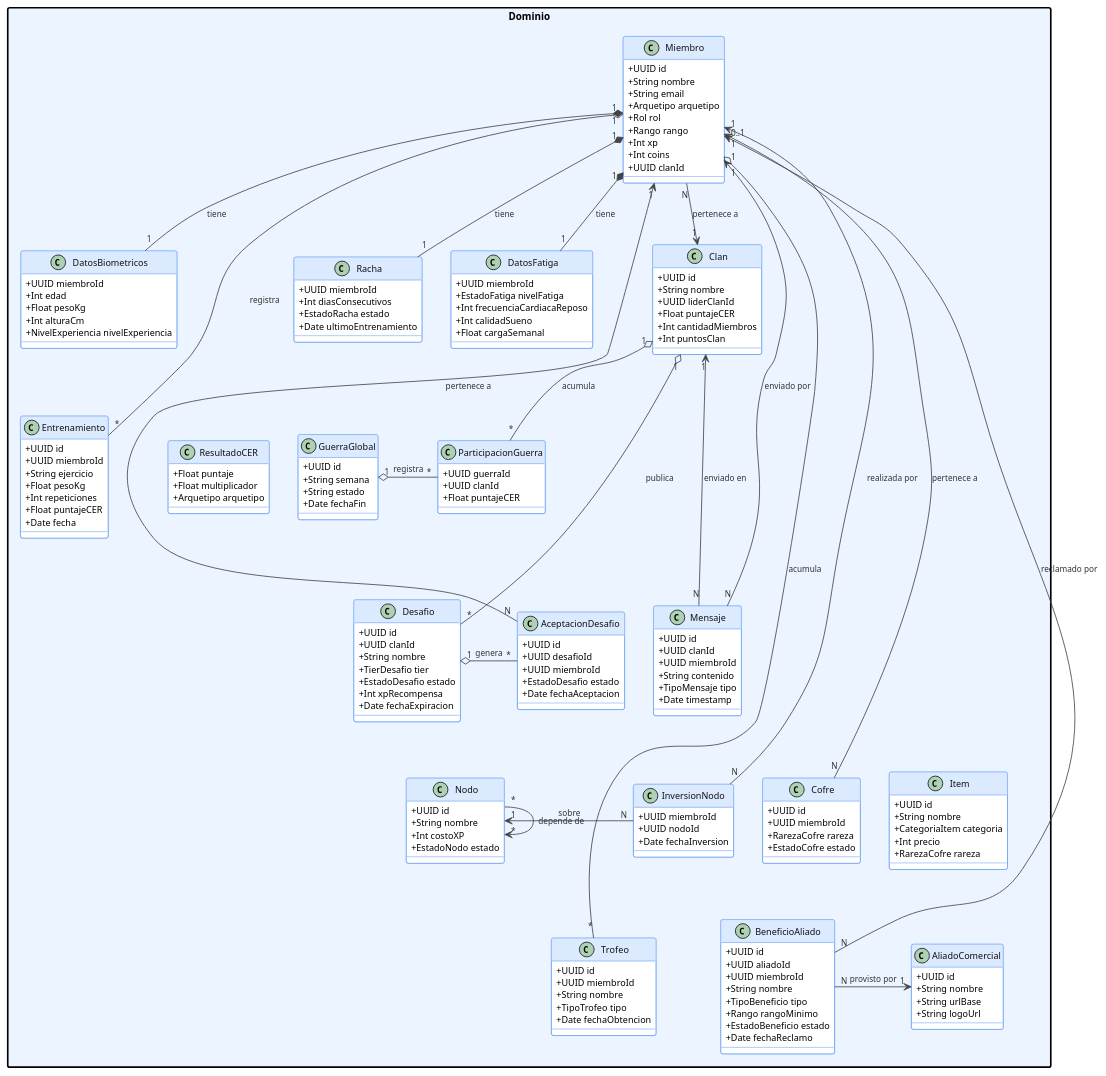
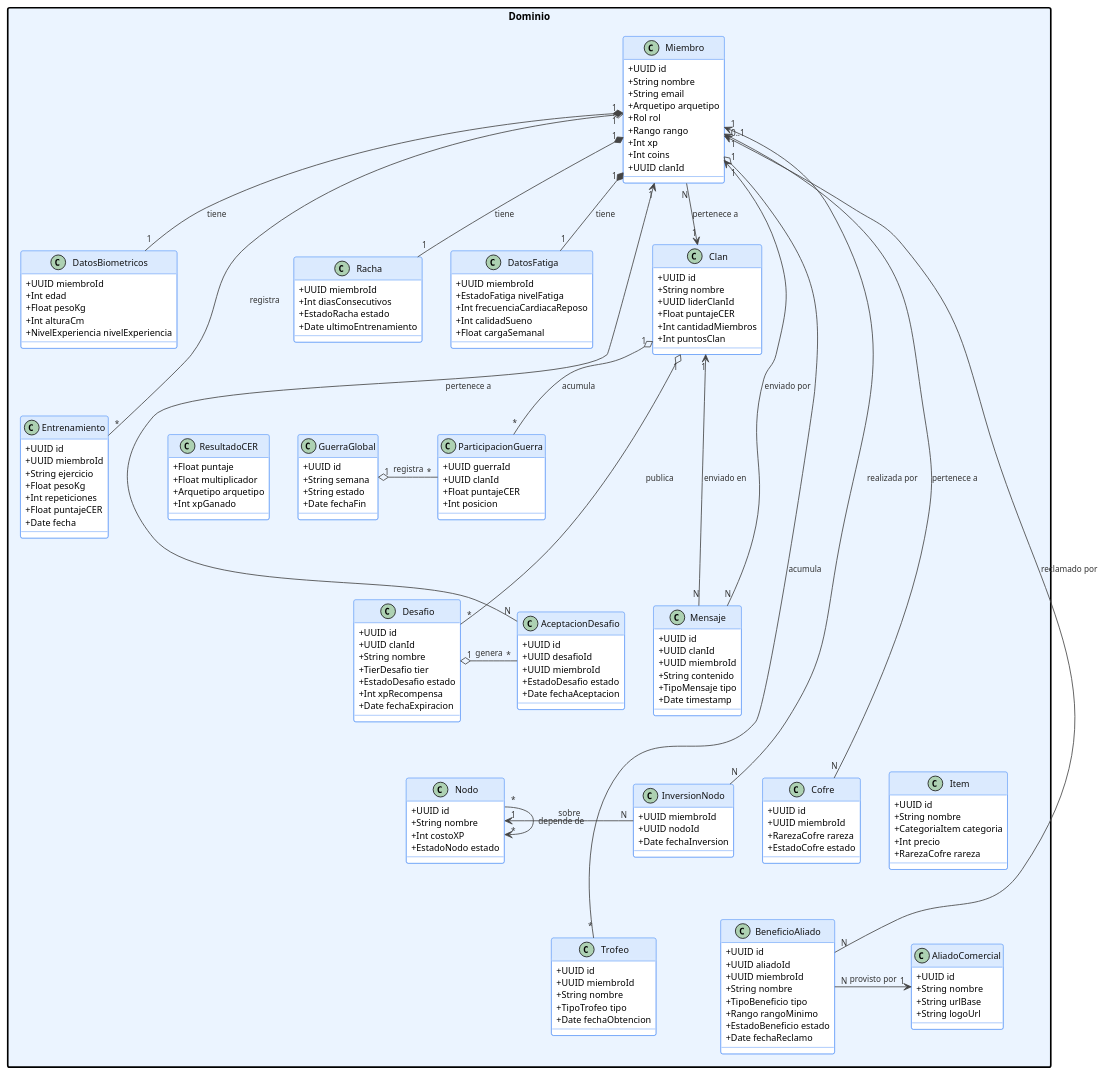
One commit to nicolassepulveda13/SAP changed the diagram in silverback/docs/clases-dominio.md. Above: the diagram before and after it, drawn with PlantUML. The commit also changed other lines of this file and 8 other files, not shown here.

```diff
--- a/silverback/docs/clases-dominio.md
+++ b/silverback/docs/clases-dominio.md
@@ -88,6 +90,7 @@
     +Float puntaje
     +Float multiplicador
     +Arquetipo arquetipo
+    +Int xpGanado
   }
   class GuerraGlobal {
     +UUID id
@@ -99,6 +102,7 @@
     +UUID guerraId
     +UUID clanId
     +Float puntajeCER
+    +Int posicion
   }
 
   ' ── Fila 4: Santuario
```
